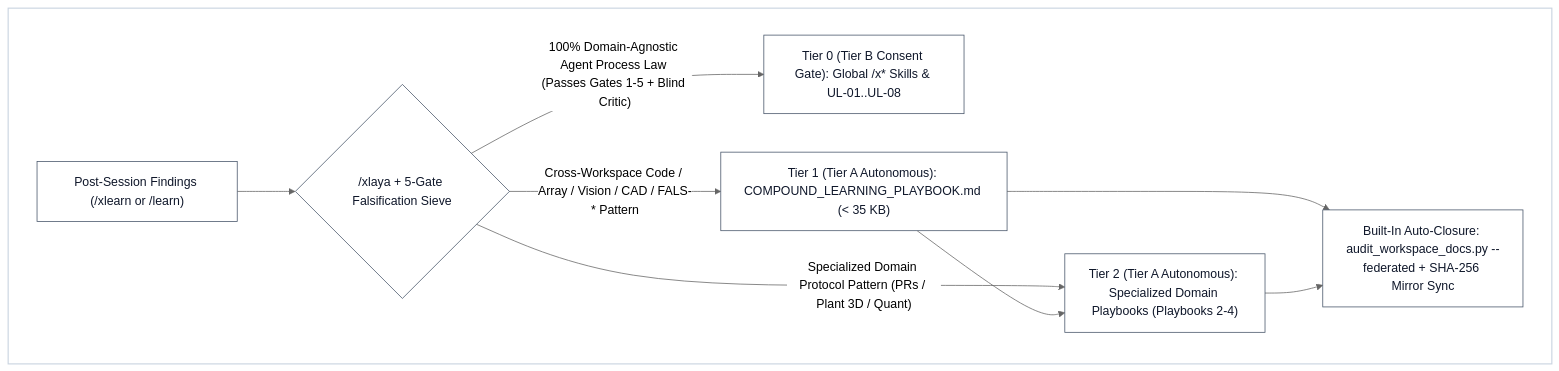
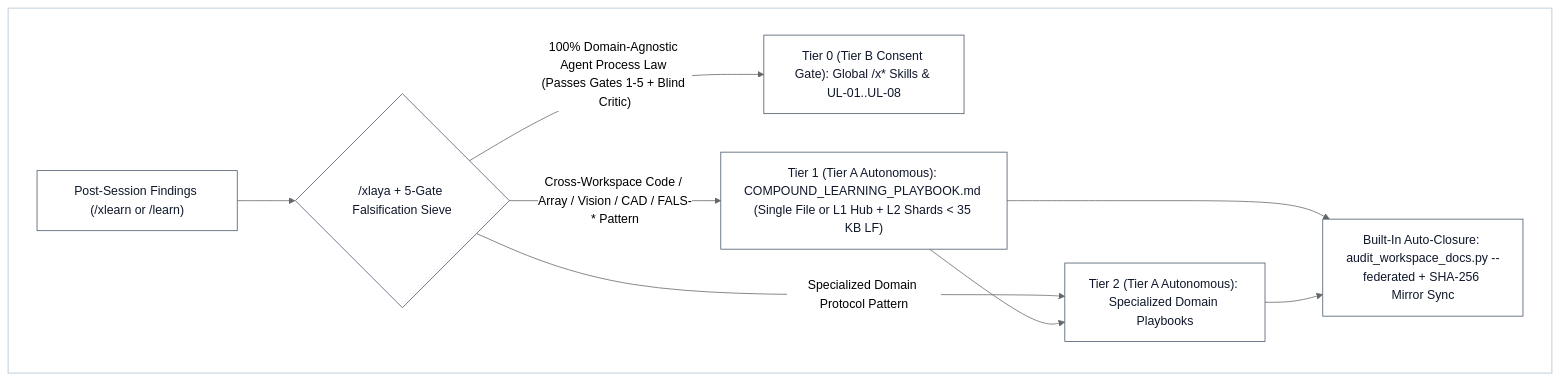
One commit to iscvlab/xboost changed the diagram in skills/xlearn/SKILL.md. Above: the diagram before and after it, drawn with Mermaid. The commit also changed other lines of this file and 19 other files, not shown here.

````diff
--- a/skills/xlearn/SKILL.md
+++ b/skills/xlearn/SKILL.md
@@ -25,15 +25,15 @@
 ```mermaid
 %%{init: {'theme': 'neutral'}}%%
 flowchart TD
     subgraph Canvas [" "]
         In["Post-Session Findings (/xlearn or /learn)"] --> Sieve{"/xlaya + 5-Gate Falsification Sieve"}
         Sieve -->|"100% Domain-Agnostic Agent Process Law (Passes Gates 1-5 + Blind Critic)"| T0["Tier 0 (Tier B Consent Gate): Global /x* Skills & UL-01..UL-08"]
-        Sieve -->|"Cross-Workspace Code / Array / Vision / CAD / FALS-* Pattern"| T1["Tier 1 (Tier A Autonomous): COMPOUND_LEARNING_PLAYBOOK.md (< 35 KB)"]
-        Sieve -->|"Specialized Domain Protocol Pattern (PRs / Plant 3D / Quant)"| T2["Tier 2 (Tier A Autonomous): Specialized Domain Playbooks (Playbooks 2-4)"]
+        Sieve -->|"Cross-Workspace Code / Array / Vision / CAD / FALS-* Pattern"| T1["Tier 1 (Tier A Autonomous): COMPOUND_LEARNING_PLAYBOOK.md (Single File or L1 Hub + L2 Shards < 35 KB LF)"]
+        Sieve -->|"Specialized Domain Protocol Pattern"| T2["Tier 2 (Tier A Autonomous): Specialized Domain Playbooks"]
         T1 --> T2
         T1 --> Sync["Built-In Auto-Closure: audit_workspace_docs.py --federated + SHA-256 Mirror Sync"]
         T2 --> Sync
     end
     classDef default fill:#ffffff,stroke:#475569,color:#0f172a,stroke-width:1px
     style Canvas fill:#ffffff,stroke:#cbd5e1,stroke-width:1.5px,color:#0f172a
 ```
````
